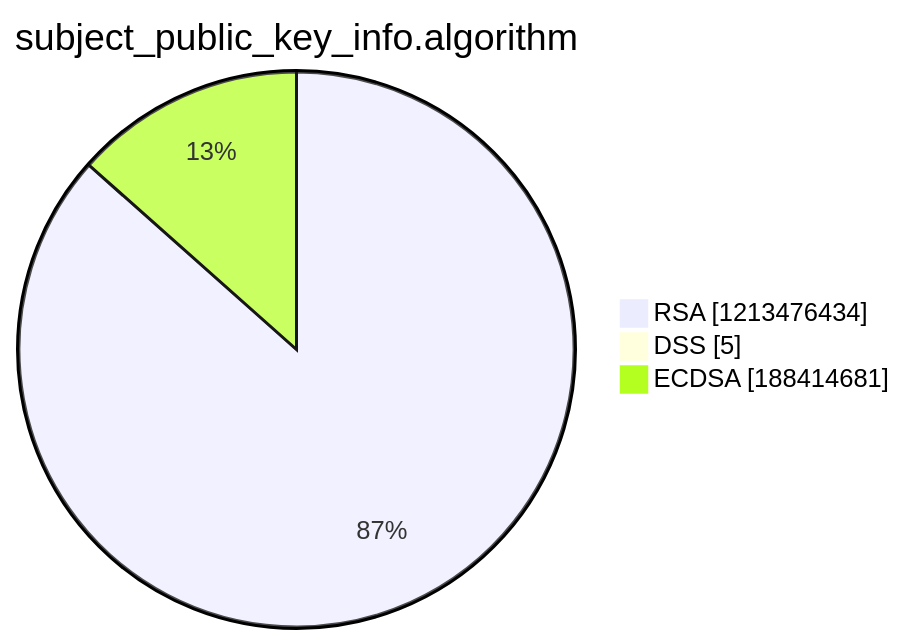
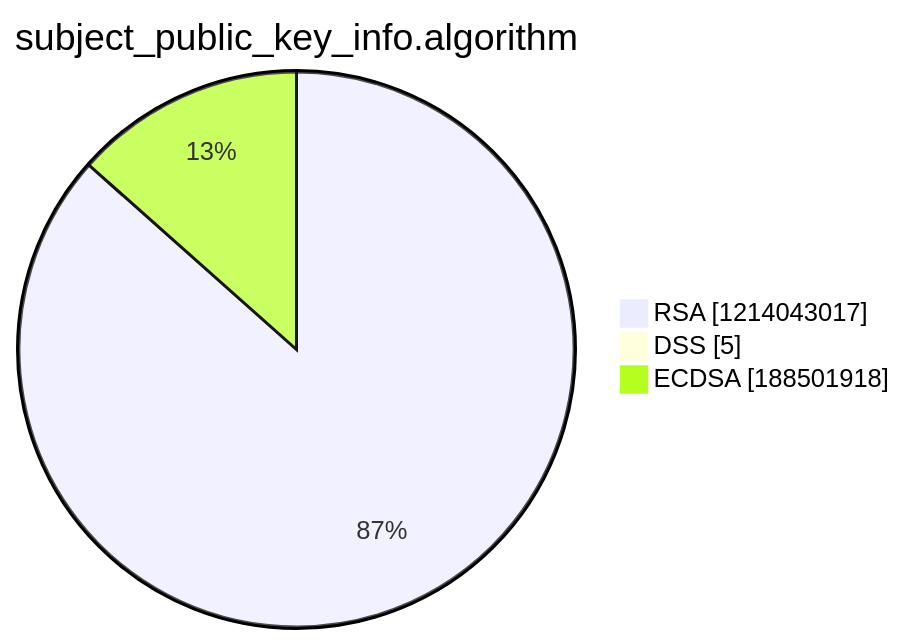
One commit to christiankrug/ctmonitor_visualization changed the third of 15 diagrams in argon2022/README.md. Above: the diagram before and after it, drawn with Mermaid. The commit also changed other lines of this file, not shown here.

````diff
--- a/argon2022/README.md
+++ b/argon2022/README.md
@@ -14,7 +14,7 @@
 ```mermaid
 pie showData
 title subject_public_key_info.algorithm
-"RSA" :1213476434
+"RSA" :1214043017
 "DSS" :5
-"ECDSA" :188414681
+"ECDSA" :188501918
 ```
````
